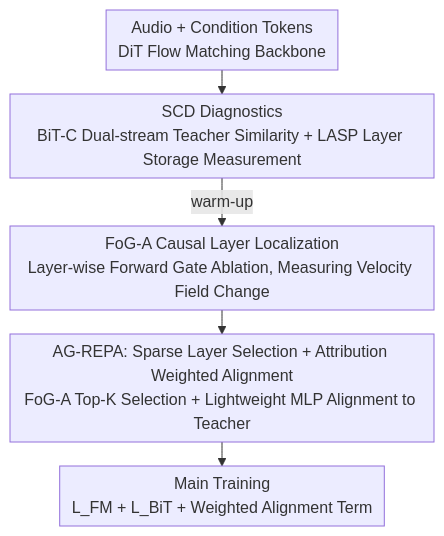
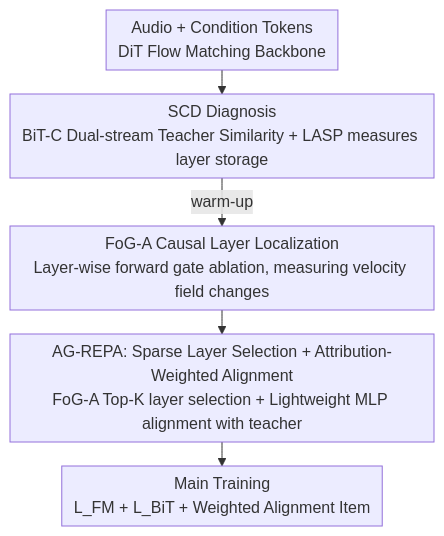
One commit to zhaoyang97/Paper-Notes-en changed the diagram in docs/ICML2026/image_generation/ag-repa_causal_layer_selection_for_representation_alignment_in_audio_flow_matchi.md. Above: the diagram before and after it, drawn with Mermaid. The commit also changed other lines of this file and 5084 other files, not shown here.

````diff
--- a/docs/ICML2026/image_generation/ag-repa_causal_layer_selection_for_representation_alignment_in_audio_flow_matchi.md
+++ b/docs/ICML2026/image_generation/ag-repa_causal_layer_selection_for_representation_alignment_in_audio_flow_matchi.md
@@ -43,8 +43,8 @@
 ```mermaid
 %%{init: {'flowchart': {'rankSpacing': 24, 'nodeSpacing': 28, 'padding': 6, 'wrappingWidth': 400}}}%%
 flowchart TD
-    A["Audio + Condition Tokens<br/>DiT Flow Matching Backbone"] --> B["SCD Diagnostics<br/>BiT-C Dual-stream Teacher Similarity + LASP Layer Storage Measurement"]
-    B -->|warm-up| C["FoG-A Causal Layer Localization<br/>Layer-wise Forward Gate Ablation, Measuring Velocity Field Change"]
-    C --> D["AG-REPA: Sparse Layer Selection + Attribution Weighted Alignment<br/>FoG-A Top-K Selection + Lightweight MLP Alignment to Teacher"]
-    D --> E["Main Training<br/>L_FM + L_BiT + Weighted Alignment Term"]
+    A["Audio + Condition Tokens<br/>DiT Flow Matching Backbone"] --> B["SCD Diagnosis<br/>BiT-C Dual-stream Teacher Similarity + LASP measures layer storage"]
+    B -->|warm-up| C["FoG-A Causal Layer Localization<br/>Layer-wise forward gate ablation, measuring velocity field changes"]
+    C --> D["AG-REPA: Sparse Layer Selection + Attribution-Weighted Alignment<br/>FoG-A Top-K layer selection + Lightweight MLP alignment with teacher"]
+    D --> E["Main Training<br/>L_FM + L_BiT + Weighted Alignment Item"]
 ```
````
